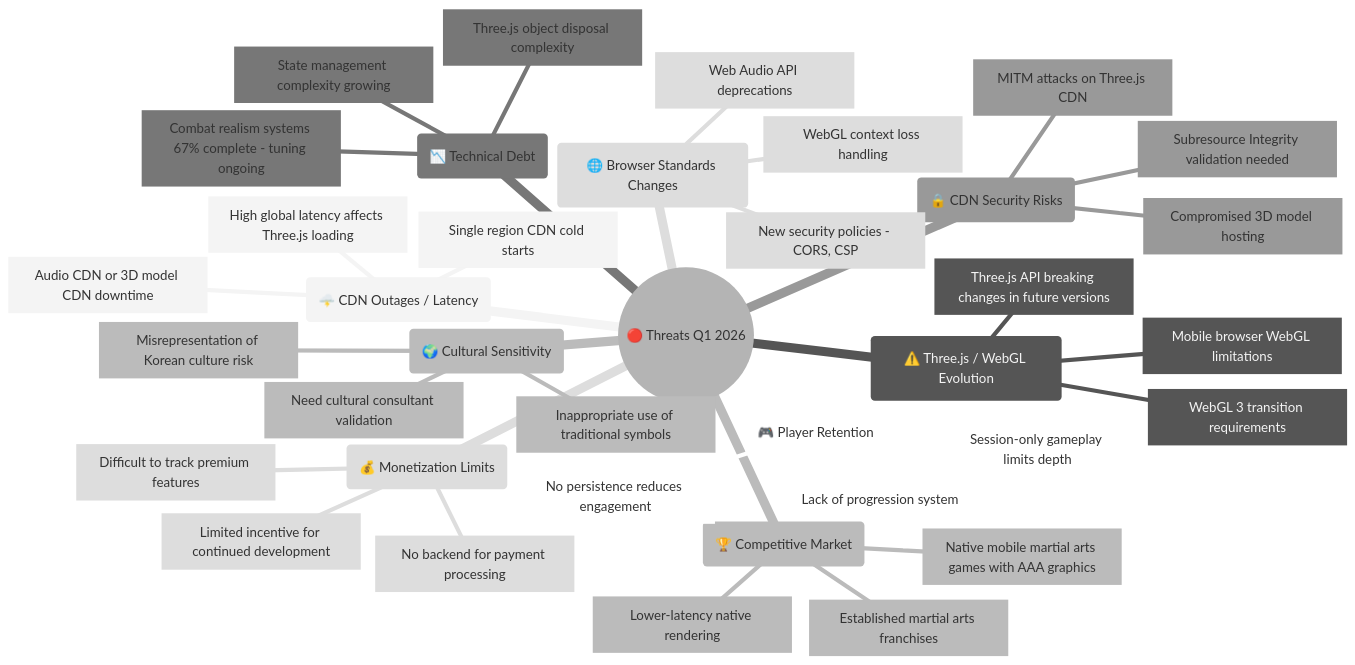
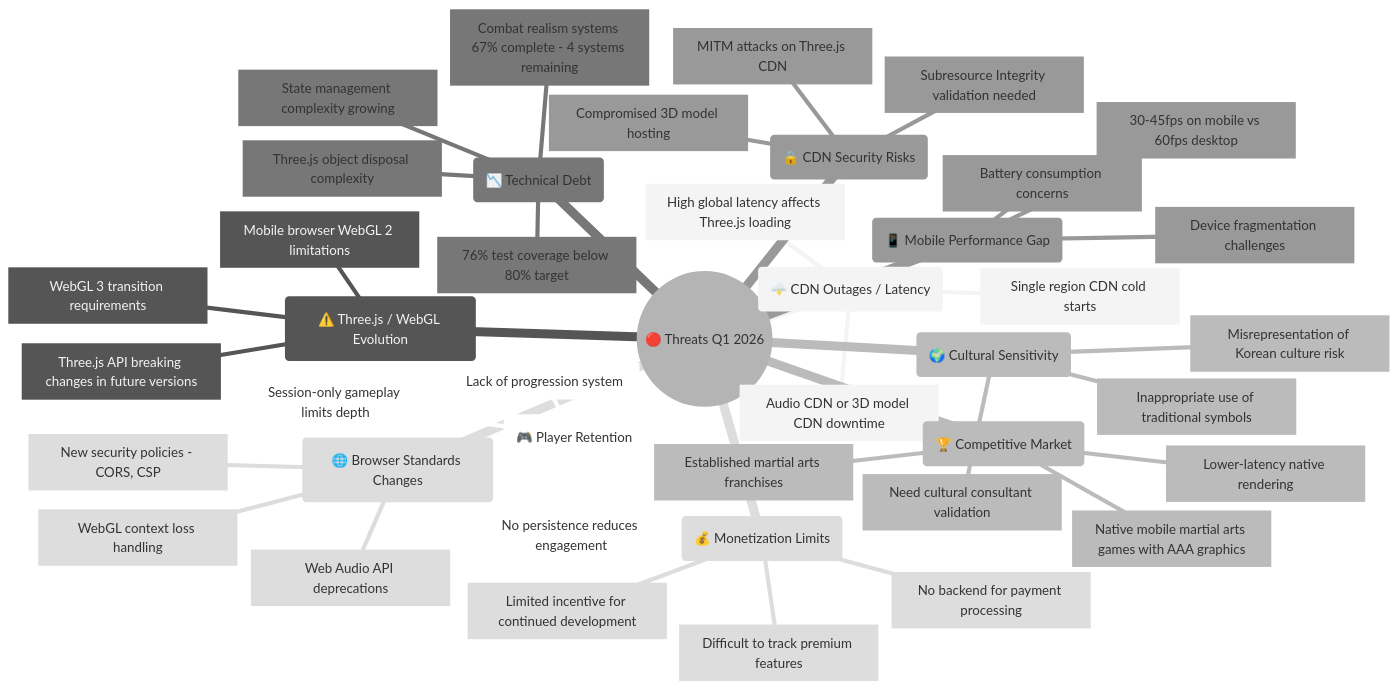
Diagram 12 of 22 in ARCHITECTURE.md (Hack23/blacktrigram), drawn with Mermaid (neutral theme) before and after one commit. The commit also changed other lines of this file, not shown here.

First line of the commit message:
Update ARCHITECTURE.md to reflect Q1 2026 Three.js implementation state

````diff
--- a/ARCHITECTURE.md
+++ b/ARCHITECTURE.md
@@ -1506,40 +1644,45 @@
 ```mermaid
 mindmap
   root((🔴 Threats Q1 2026))
     id1(🌩️ CDN Outages / Latency)
       id1.1[Audio CDN or 3D model CDN downtime]
       id1.2[High global latency affects Three.js loading]
       id1.3[Single region CDN cold starts]
     id2(⚠️ Three.js / WebGL Evolution)
       id2.1[Three.js API breaking changes in future versions]
       id2.2[WebGL 3 transition requirements]
-      id2.3[Mobile browser WebGL limitations]
+      id2.3[Mobile browser WebGL 2 limitations]
     id3(🏆 Competitive Market)
       id3.1[Native mobile martial arts games with AAA graphics]
       id3.2[Lower-latency native rendering]
       id3.3[Established martial arts franchises]
     id4(📉 Technical Debt)
       id4.1[Three.js object disposal complexity]
-      id4.2[Combat realism systems 67% complete - tuning ongoing]
+      id4.2[Combat realism systems 67% complete - 4 systems remaining]
       id4.3[State management complexity growing]
+      id4.4[76% test coverage below 80% target]
     id5(🔒 CDN Security Risks)
       id5.1[MITM attacks on Three.js CDN]
       id5.2[Compromised 3D model hosting]
       id5.3[Subresource Integrity validation needed]
     id6(🌐 Browser Standards Changes)
       id6.1[Web Audio API deprecations]
       id6.2[WebGL context loss handling]
       id6.3[New security policies - CORS, CSP]
     id7(🎮 Player Retention)
       id7.1[No persistence reduces engagement]
       id7.2[Lack of progression system]
       id7.3[Session-only gameplay limits depth]
     id8(💰 Monetization Limits)
       id8.1[No backend for payment processing]
       id8.2[Difficult to track premium features]
       id8.3[Limited incentive for continued development]
     id9(🌍 Cultural Sensitivity)
       id9.1[Misrepresentation of Korean culture risk]
       id9.2[Inappropriate use of traditional symbols]
       id9.3[Need cultural consultant validation]
+    id10(📱 Mobile Performance Gap)
+      id10.1[30-45fps on mobile vs 60fps desktop]
+      id10.2[Device fragmentation challenges]
+      id10.3[Battery consumption concerns]
 ```
````
